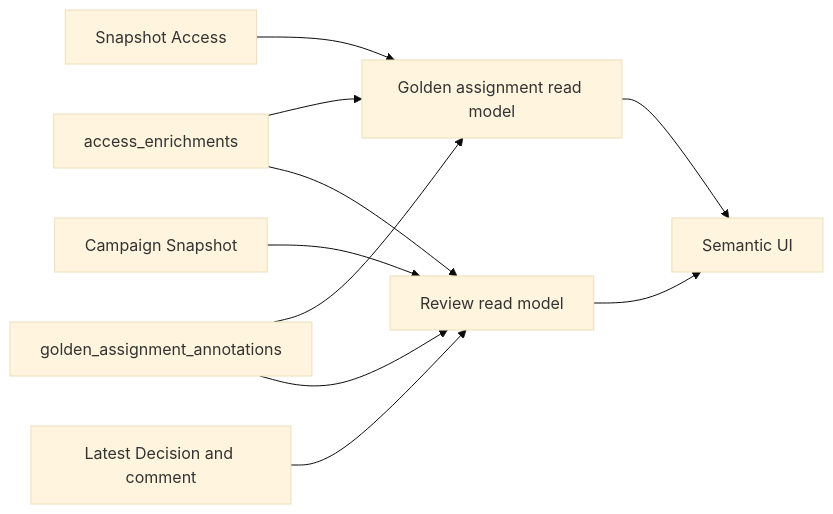
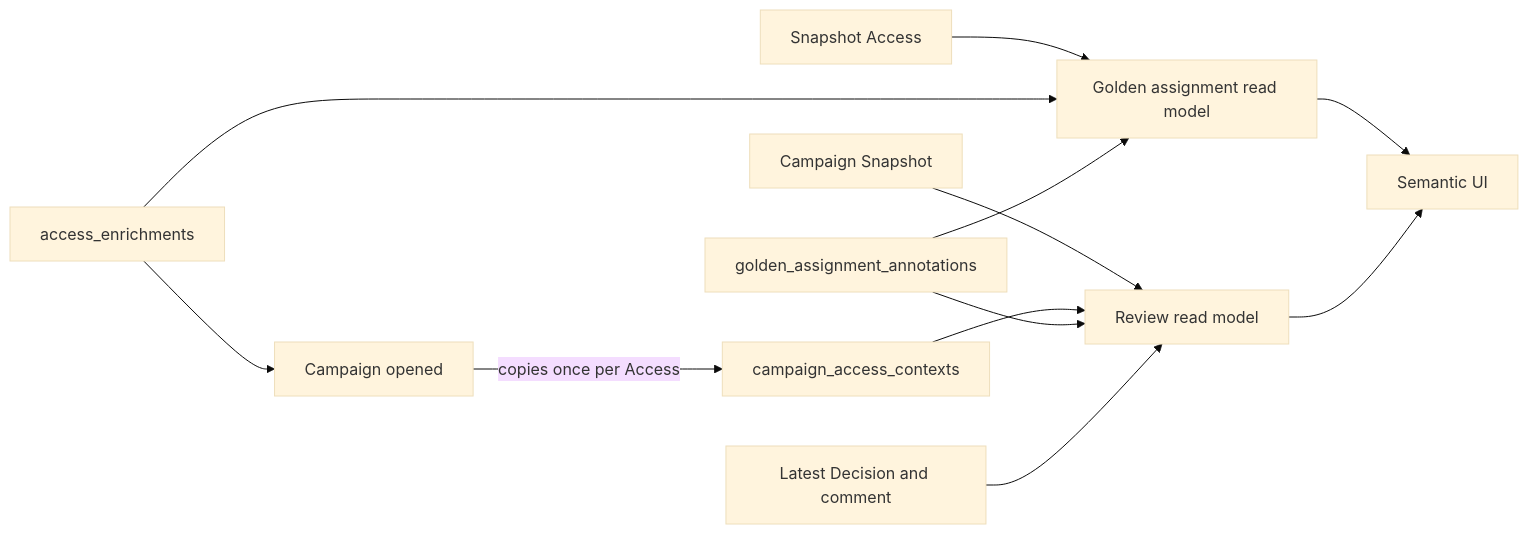
One commit to LCIT-CyberSecurity/Easy-Access-Review-Engine changed the eighth of 8 diagrams in docs/source-business-context.md. Above: the diagram before and after it, drawn with Mermaid (base theme). The commit also changed other lines of this file and 4 other files, not shown here.

````diff
--- a/docs/source-business-context.md
+++ b/docs/source-business-context.md
@@ -299,12 +299,14 @@
 ```mermaid
 flowchart LR
     ACCESS[Snapshot Access] --> GREAD[Golden assignment read model]
     ENRICH[access_enrichments] --> GREAD
     ANNOT[golden_assignment_annotations] --> GREAD
     SNAP[Campaign Snapshot] --> RREAD[Review read model]
-    ENRICH --> RREAD
+    CAPTURE[Campaign opened] -->|copies once per Access| FROZEN[campaign_access_contexts]
+    ENRICH --> CAPTURE
+    FROZEN --> RREAD
     ANNOT --> RREAD
     DEC[Latest Decision and comment] --> RREAD
     GREAD --> UI[Semantic UI]
     RREAD --> UI
 ```
````
